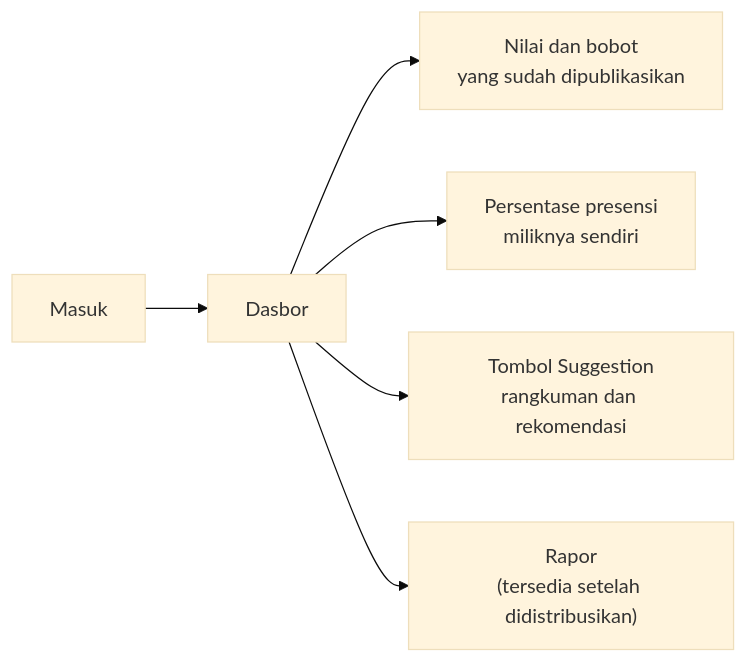
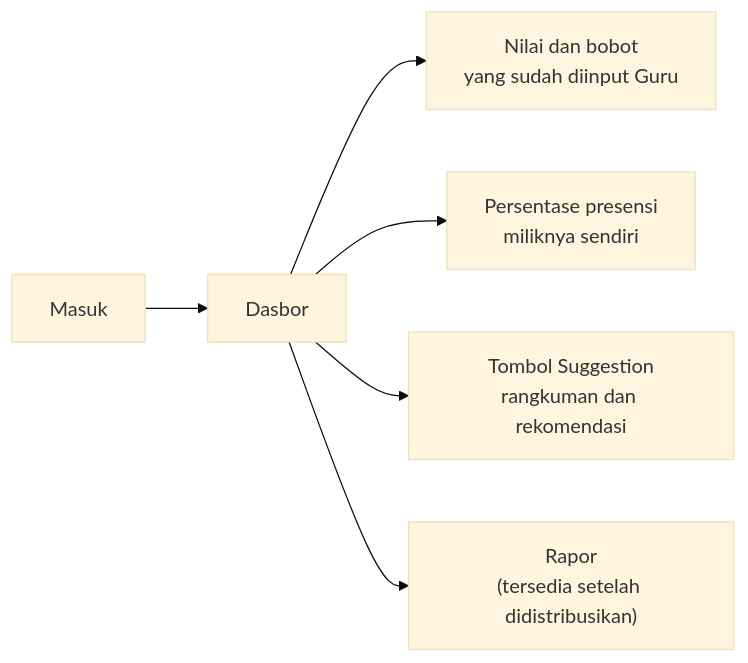
One commit to Korean-Asean-Digital-Academy-Batch-4/Docs changed the fourth of 5 diagrams in PRD.md. Above: the diagram before and after it, drawn with Mermaid (base theme). The commit also changed other lines of this file, not shown here.

First line of the commit message:
docs(prd): tutup 14 temuan baseline dan hapus status Published (v2.5)

````diff
--- a/PRD.md
+++ b/PRD.md
@@ -265,8 +266,8 @@
 ```mermaid
 flowchart LR
     A["Masuk"] --> B["Dasbor"]
-    B --> C["Nilai dan bobot<br/>yang sudah dipublikasikan"]
+    B --> C["Nilai dan bobot<br/>yang sudah diinput Guru"]
     B --> D["Persentase presensi<br/>miliknya sendiri"]
     B --> E["Tombol Suggestion<br/>rangkuman dan rekomendasi"]
     B --> F["Rapor<br/>(tersedia setelah didistribusikan)"]
 ```
````
